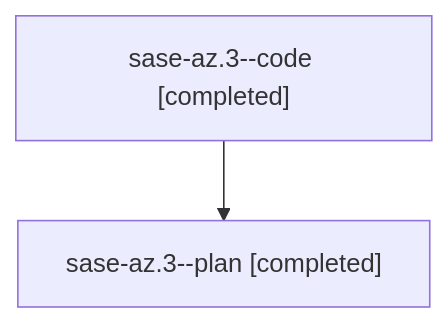
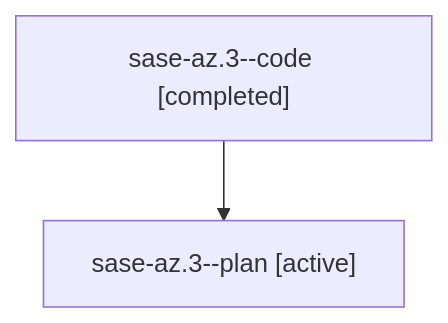
Before and after one commit to sase-org/sase--agents: the diagram in families/bbugyi200.athena.sase-az.3.md, drawn with Mermaid. The commit also changed other lines of this file and 5813 other files, not shown here.

````diff
--- a/families/bbugyi200.athena.sase-az.3.md
+++ b/families/bbugyi200.athena.sase-az.3.md
@@ -9,6 +9,6 @@
 ```mermaid
 flowchart TD
   n0["sase-az.3--code [completed]"]
-  n1["sase-az.3--plan [completed]"]
+  n1["sase-az.3--plan [active]"]
   n0 --> n1
 ```
````
